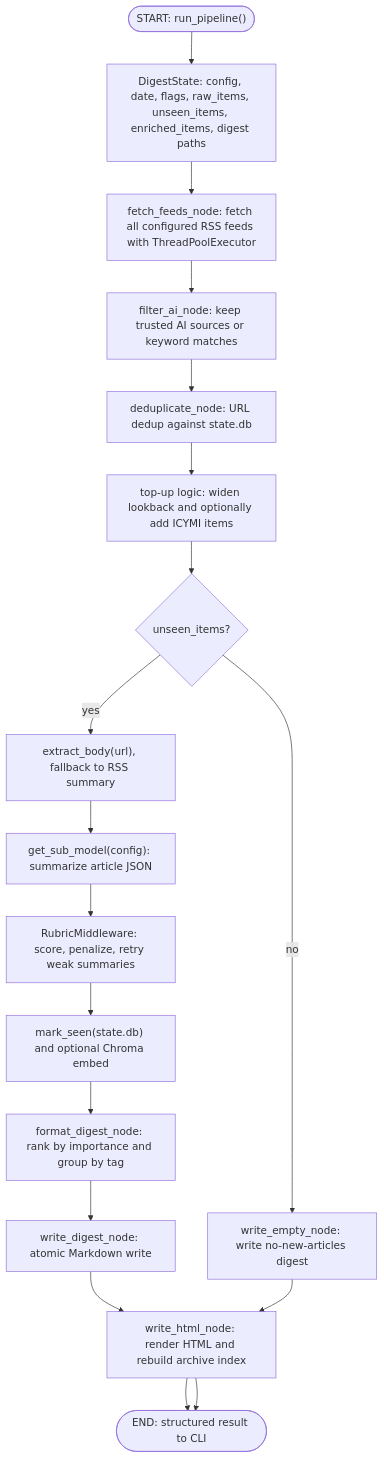
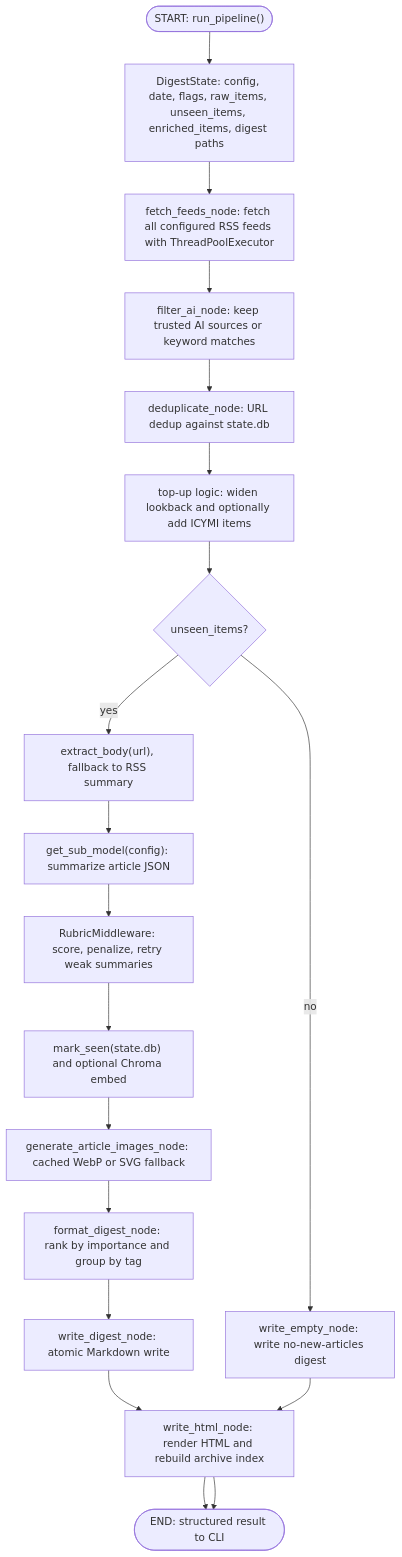
One commit to Harshagarwal06/buddy_agent changed the first of 4 diagrams in DIAGRAM.md. Above: the diagram before and after it, drawn with Mermaid. The commit also changed other lines of this file and 18 other files, not shown here.

````diff
--- a/DIAGRAM.md
+++ b/DIAGRAM.md
@@ -7,26 +7,27 @@
 ```mermaid
 flowchart TD
     START(["START: run_pipeline()"])
 
     STATE["DigestState: config, date, flags, raw_items, unseen_items, enriched_items, digest paths"]
 
     FETCH["fetch_feeds_node: fetch all configured RSS feeds with ThreadPoolExecutor"]
     FILTER["filter_ai_node: keep trusted AI sources or keyword matches"]
     DEDUP["deduplicate_node: URL dedup against state.db"]
     TOPUP["top-up logic: widen lookback and optionally add ICYMI items"]
     ROUTE{"unseen_items?"}
 
     EXTRACT["extract_body(url), fallback to RSS summary"]
     SUMMARIZE["get_sub_model(config): summarize article JSON"]
     RUBRIC["RubricMiddleware: score, penalize, retry weak summaries"]
+    IMAGES["generate_article_images_node: cached WebP or SVG fallback"]
     PERSIST["mark_seen(state.db) and optional Chroma embed"]
     FORMAT["format_digest_node: rank by importance and group by tag"]
     WRITE_MD["write_digest_node: atomic Markdown write"]
     WRITE_EMPTY["write_empty_node: write no-new-articles digest"]
     WRITE_HTML["write_html_node: render HTML and rebuild archive index"]
     END(["END: structured result to CLI"])
 
     START --> STATE --> FETCH --> FILTER --> DEDUP --> TOPUP --> ROUTE
-    ROUTE -- "yes" --> EXTRACT --> SUMMARIZE --> RUBRIC --> PERSIST --> FORMAT --> WRITE_MD --> WRITE_HTML --> END
+    ROUTE -- "yes" --> EXTRACT --> SUMMARIZE --> RUBRIC --> PERSIST --> IMAGES --> FORMAT --> WRITE_MD --> WRITE_HTML --> END
     ROUTE -- "no" --> WRITE_EMPTY --> WRITE_HTML --> END
 ```
````
